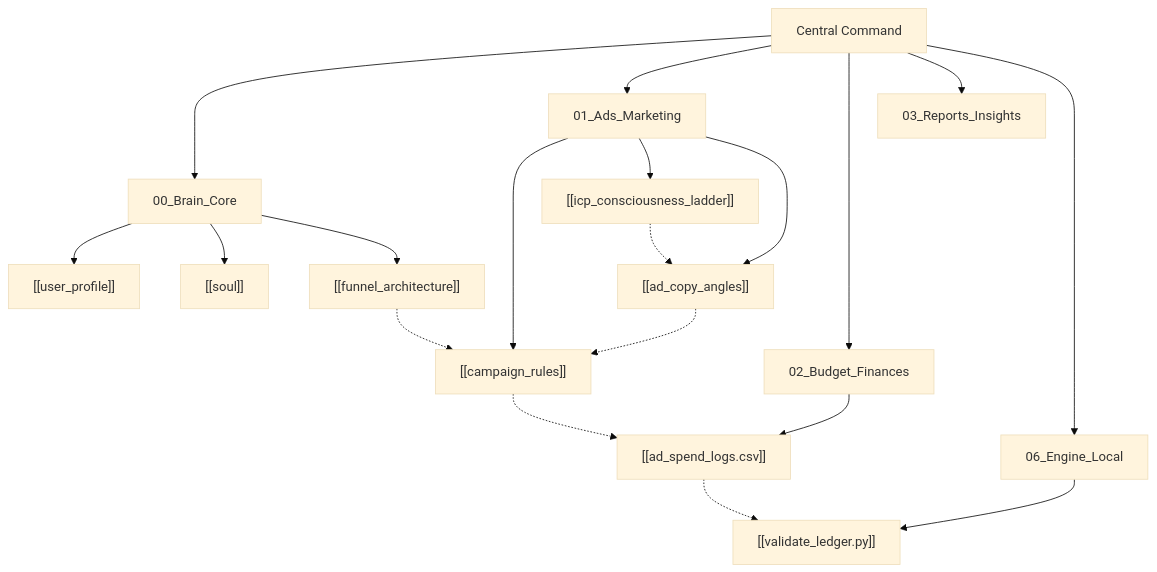
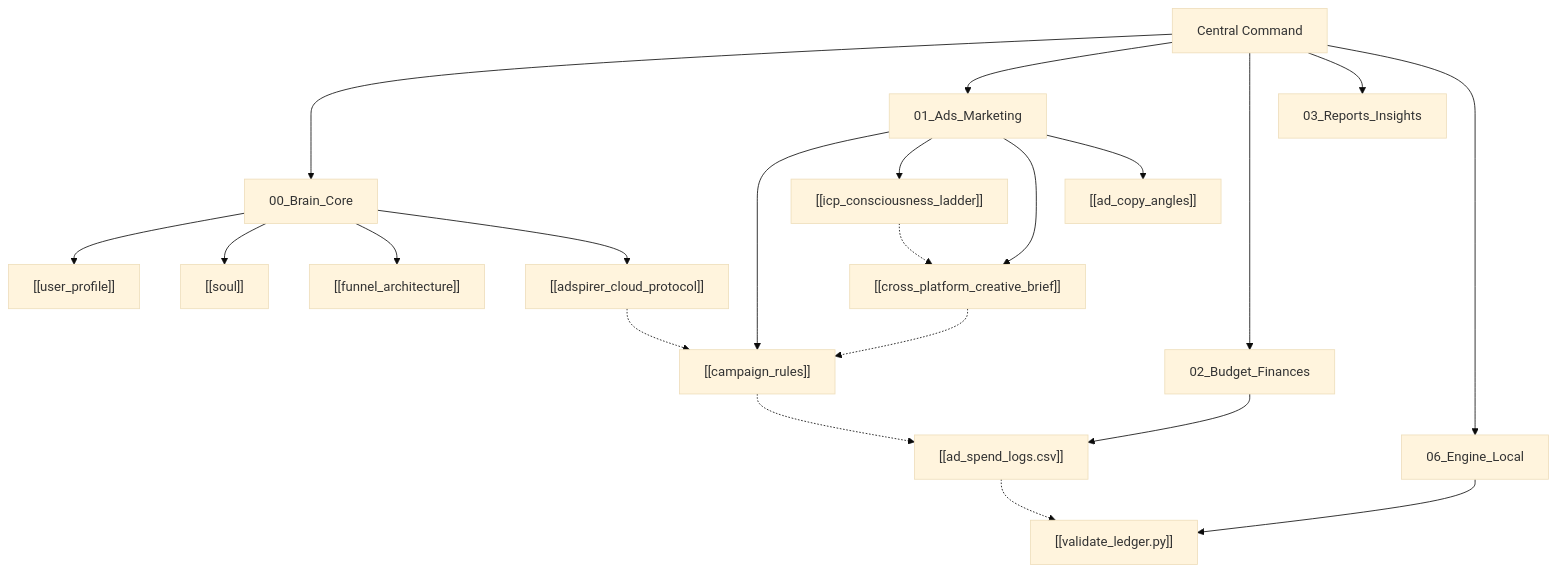
One commit to prashantjaiswal647/doctorsofsoul-second-brain changed the diagram in 00_Brain_Core/HOME_DASHBOARD.md. Above: the diagram before and after it, drawn with Mermaid (base theme). The commit also changed other lines of this file and 3 other files, not shown here.

Commit message:
feat(strategy): add adspirer cloud protocol, reset ledger, create cross-platform creative brief

````diff
--- a/00_Brain_Core/HOME_DASHBOARD.md
+++ b/00_Brain_Core/HOME_DASHBOARD.md
@@ -12,25 +12,27 @@
 ```mermaid
 graph TD
     Dashboard["Central Command"] --> Core["00_Brain_Core"]
     Dashboard --> Marketing["01_Ads_Marketing"]
     Dashboard --> Finance["02_Budget_Finances"]
     Dashboard --> Reports["03_Reports_Insights"]
     Dashboard --> Engine["06_Engine_Local"]
 
     Core --> UserProfile["[[user_profile]]"]
     Core --> Soul["[[soul]]"]
     Core --> Funnel["[[funnel_architecture]]"]
+    Core --> AdspirerProto["[[adspirer_cloud_protocol]]"]
 
     Marketing --> Rules["[[campaign_rules]]"]
     Marketing --> Ladder["[[icp_consciousness_ladder]]"]
+    Marketing --> CreativeBrief["[[cross_platform_creative_brief]]"]
     Marketing --> Angles["[[ad_copy_angles]]"]
 
     Finance --> SpendLogs["[[ad_spend_logs.csv]]"]
     Engine --> Validator["[[validate_ledger.py]]"]
 
-    Ladder -.-> Angles
-    Angles -.-> Rules
-    Funnel -.-> Rules
+    AdspirerProto -.-> Rules
+    CreativeBrief -.-> Rules
+    Ladder -.-> CreativeBrief
     Rules -.-> SpendLogs
     SpendLogs -.-> Validator
 ```
````
